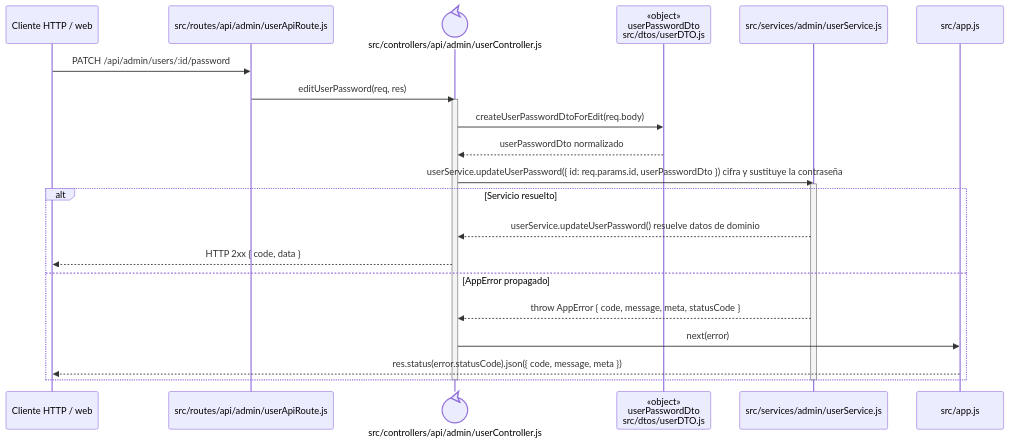
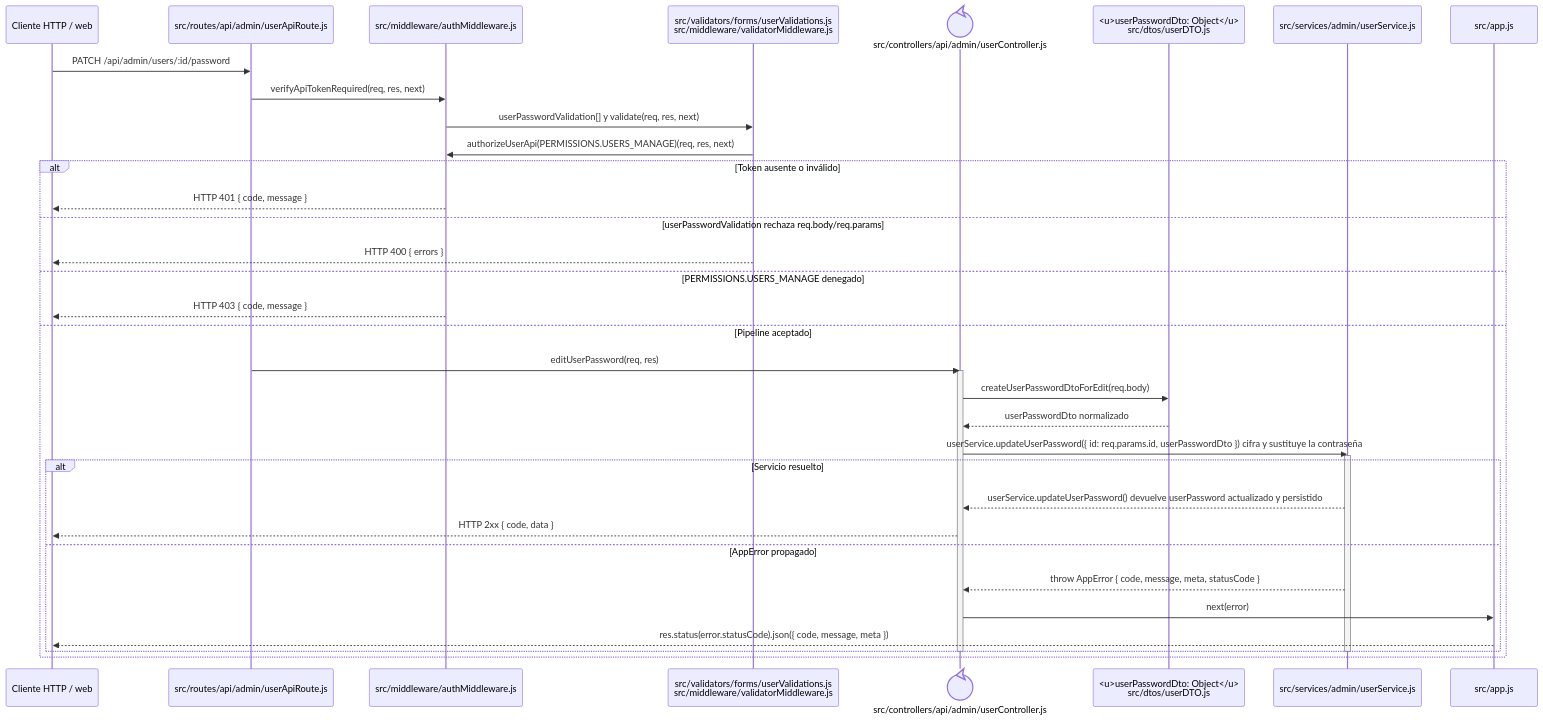
Before and after one commit to gpgsistemas01/nexus: the diagram in docs/architecture/backend-code-sequences/identity-access/cu-ida-08.md, drawn with Mermaid. The commit also changed 102 other files, not shown here.

````diff
--- a/docs/architecture/backend-code-sequences/identity-access/cu-ida-08.md
+++ b/docs/architecture/backend-code-sequences/identity-access/cu-ida-08.md
@@ -6,27 +6,40 @@
 ```mermaid
 sequenceDiagram
     participant Client as Cliente HTTP / web
     participant Route as src/routes/api/admin/userApiRoute.js
+    participant Auth as src/middleware/authMiddleware.js
+    participant Validator as src/validators/forms/userValidations.js<br/>src/middleware/validatorMiddleware.js
     participant Controller@{ "type": "control" } as src/controllers/api/admin/userController.js
-    participant PasswordDto as «object»<br/>userPasswordDto<br/>src/dtos/userDTO.js
+    participant PasswordDto as <u>userPasswordDto: Object</u><br/>src/dtos/userDTO.js
     participant Domain as src/services/admin/userService.js
     participant ErrorHandler as src/app.js
 
     Client->>Route: PATCH /api/admin/users/:id/password
-    Route->>Controller: editUserPassword(req, res)
-    activate Controller
-    Controller->>PasswordDto: createUserPasswordDtoForEdit(req.body)
-    PasswordDto-->>Controller: userPasswordDto normalizado
-    Controller->>Domain: userService.updateUserPassword({ id: req.params.id, userPasswordDto }) cifra y sustituye la contraseña
-    activate Domain
-    alt Servicio resuelto
-        Domain-->>Controller: userService.updateUserPassword() resuelve datos de dominio
-        Controller-->>Client: HTTP 2xx { code, data }
-    else AppError propagado
-        Domain-->>Controller: throw AppError { code, message, meta, statusCode }
-        Controller->>ErrorHandler: next(error)
-        ErrorHandler-->>Client: res.status(error.statusCode).json({ code, message, meta })
+    Route->>Auth: verifyApiTokenRequired(req, res, next)
+    Auth->>Validator: userPasswordValidation[] y validate(req, res, next)
+    Validator->>Auth: authorizeUserApi(PERMISSIONS.USERS_MANAGE)(req, res, next)
+    alt Token ausente o inválido
+        Auth-->>Client: HTTP 401 { code, message }
+    else userPasswordValidation rechaza req.body/req.params
+        Validator-->>Client: HTTP 400 { errors }
+    else PERMISSIONS.USERS_MANAGE denegado
+        Auth-->>Client: HTTP 403 { code, message }
+    else Pipeline aceptado
+        Route->>Controller: editUserPassword(req, res)
+        activate Controller
+        Controller->>PasswordDto: createUserPasswordDtoForEdit(req.body)
+        PasswordDto-->>Controller: userPasswordDto normalizado
+        Controller->>Domain: userService.updateUserPassword({ id: req.params.id, userPasswordDto }) cifra y sustituye la contraseña
+        activate Domain
+        alt Servicio resuelto
+            Domain-->>Controller: userService.updateUserPassword() devuelve userPassword actualizado y persistido
+            Controller-->>Client: HTTP 2xx { code, data }
+        else AppError propagado
+            Domain-->>Controller: throw AppError { code, message, meta, statusCode }
+            Controller->>ErrorHandler: next(error)
+            ErrorHandler-->>Client: res.status(error.statusCode).json({ code, message, meta })
+        end
+        deactivate Domain
+        deactivate Controller
     end
-    deactivate Domain
-    deactivate Controller
 ```
````
